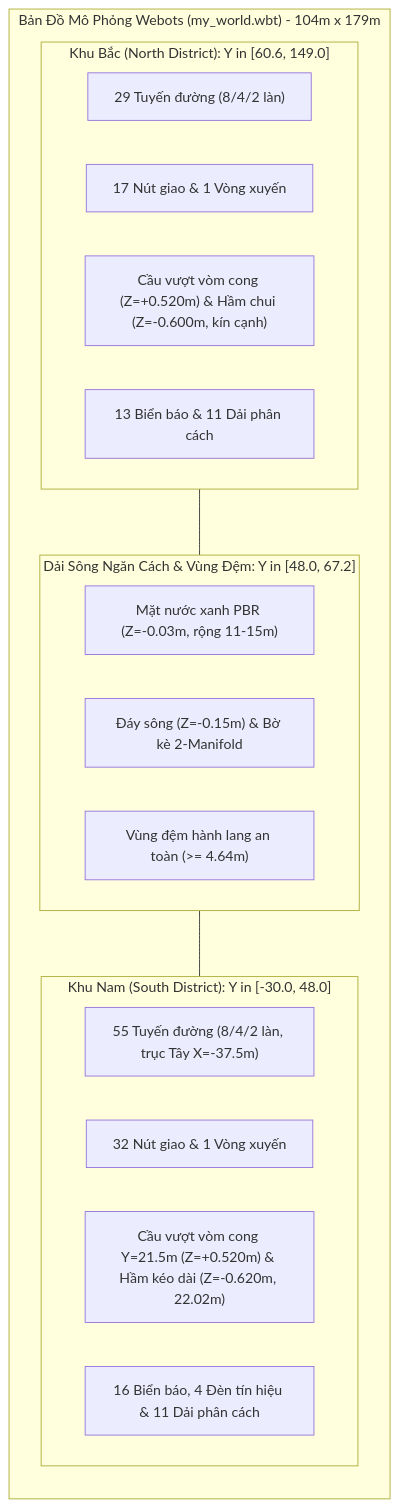
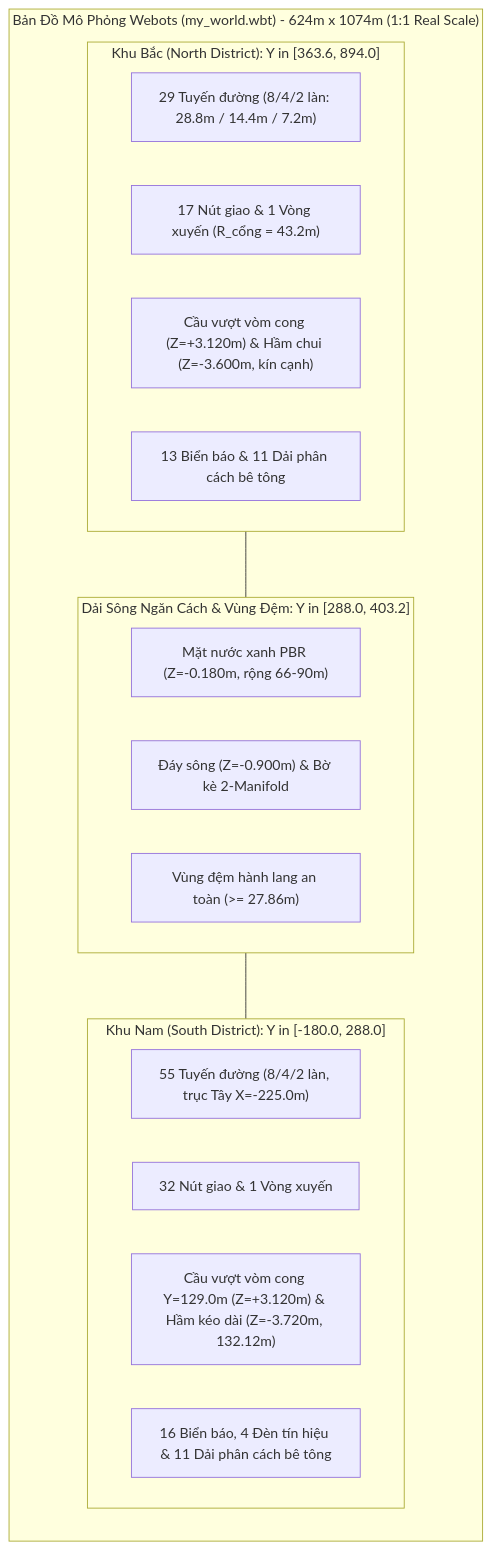
The first of 2 diagrams in map.md (truogn05/Autonomous-Self-Driving-Car), drawn with Mermaid before and after one commit. The commit also changed other lines of this file and 11 other files, not shown here.

Commit message:
Mở rộng map theo tỉ lệ: scale 1:6

````diff
--- a/map.md
+++ b/map.md
@@ -20,28 +20,28 @@
 ```mermaid
 graph TD
-    subgraph TOAN_BO_THE_GIOI ["Bản Đồ Mô Phỏng Webots (my_world.wbt) - 104m x 179m"]
+    subgraph TOAN_BO_THE_GIOI ["Bản Đồ Mô Phỏng Webots (my_world.wbt) - 624m x 1074m (1:1 Real Scale)"]
         direction TB
-        subgraph KHU_BAC ["Khu Bắc (North District): Y in [60.6, 149.0]"]
-            NB_ROADS["29 Tuyến đường (8/4/2 làn)"]
-            NB_JUNCS["17 Nút giao & 1 Vòng xuyến"]
-            NB_SPECIAL["Cầu vượt vòm cong (Z=+0.520m) & Hầm chui (Z=-0.600m, kín cạnh)"]
-            NB_SIGNS["13 Biển báo & 11 Dải phân cách"]
+        subgraph KHU_BAC ["Khu Bắc (North District): Y in [363.6, 894.0]"]
+            NB_ROADS["29 Tuyến đường (8/4/2 làn: 28.8m / 14.4m / 7.2m)"]
+            NB_JUNCS["17 Nút giao & 1 Vòng xuyến (R_cổng = 43.2m)"]
+            NB_SPECIAL["Cầu vượt vòm cong (Z=+3.120m) & Hầm chui (Z=-3.600m, kín cạnh)"]
+            NB_SIGNS["13 Biển báo & 11 Dải phân cách bê tông"]
         end
         
-        subgraph SONG ["Dải Sông Ngăn Cách & Vùng Đệm: Y in [48.0, 67.2]"]
-            RIVER_WATER["Mặt nước xanh PBR (Z=-0.03m, rộng 11-15m)"]
-            RIVER_BED["Đáy sông (Z=-0.15m) & Bờ kè 2-Manifold"]
-            BUFFER["Vùng đệm hành lang an toàn (>= 4.64m)"]
+        subgraph SONG ["Dải Sông Ngăn Cách & Vùng Đệm: Y in [288.0, 403.2]"]
+            RIVER_WATER["Mặt nước xanh PBR (Z=-0.180m, rộng 66-90m)"]
+            RIVER_BED["Đáy sông (Z=-0.900m) & Bờ kè 2-Manifold"]
+            BUFFER["Vùng đệm hành lang an toàn (>= 27.86m)"]
         end
         
-        subgraph KHU_NAM ["Khu Nam (South District): Y in [-30.0, 48.0]"]
-            SB_ROADS["55 Tuyến đường (8/4/2 làn, trục Tây X=-37.5m)"]
+        subgraph KHU_NAM ["Khu Nam (South District): Y in [-180.0, 288.0]"]
+            SB_ROADS["55 Tuyến đường (8/4/2 làn, trục Tây X=-225.0m)"]
             SB_JUNCS["32 Nút giao & 1 Vòng xuyến"]
-            SB_SPECIAL["Cầu vượt vòm cong Y=21.5m (Z=+0.520m) & Hầm kéo dài (Z=-0.620m, 22.02m)"]
-            SB_SIGNS["16 Biển báo, 4 Đèn tín hiệu & 11 Dải phân cách"]
+            SB_SPECIAL["Cầu vượt vòm cong Y=129.0m (Z=+3.120m) & Hầm kéo dài (Z=-3.720m, 132.12m)"]
+            SB_SIGNS["16 Biển báo, 4 Đèn tín hiệu & 11 Dải phân cách bê tông"]
         end
     end
     
     KHU_BAC --- SONG
     SONG --- KHU_NAM
 ```
````
